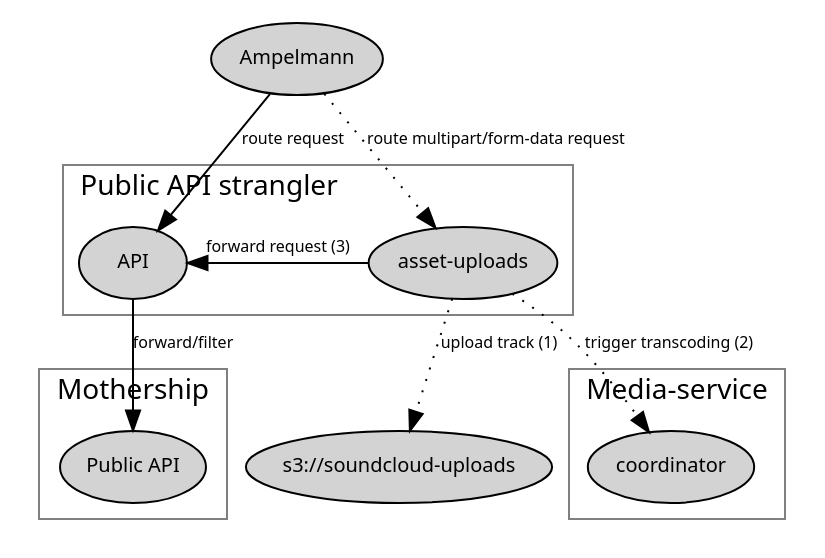
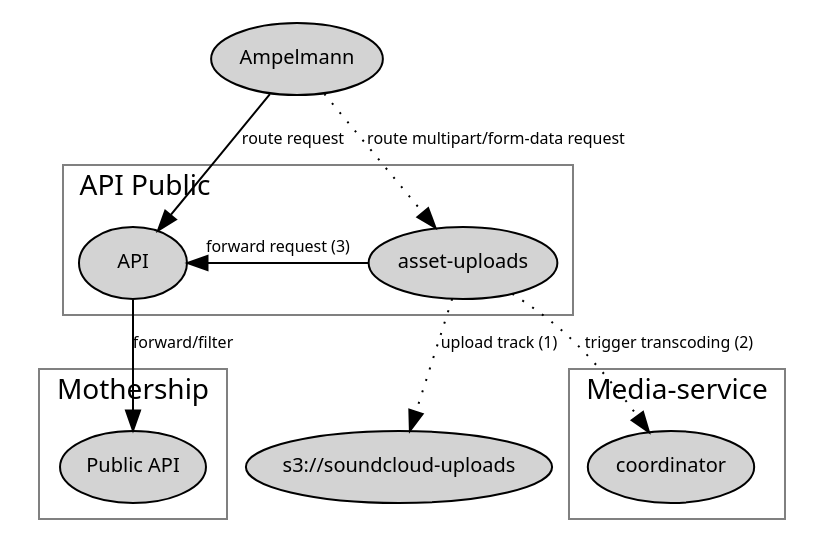
One commit to soundcloud/api changed the diagram in asset-uploads/doc/overview.dot. Above: the diagram before and after it, drawn with Graphviz. The commit also changed 42 other files, not shown here.

First line of the commit message:
Merge changes from api-public (#1185)

```diff
--- a/asset-uploads/doc/overview.dot
+++ b/asset-uploads/doc/overview.dot
@@ -1,46 +1,46 @@
 digraph overview {
 
   node [colorscheme=set37 style="rounded,filled" fontname=sans fontsize=10];
   edge [fontname="sans" fontsize=8];
   color="grey";
   fontname="sans";
   labeljust="l";
   newrank=true;
 
   ampelmann[label="Ampelmann"];
 
   s3[label="s3://soundcloud-uploads"];
 
   subgraph cluster_ms {
     label="Mothership";
     rank=same;
 
     ms_public_api [label="Public API"];
   }
 
   subgraph cluster_media_service {
     label="Media-service";
     rank=same;
 
     media_service_coordinator [label="coordinator"];
   }
 
-  subgraph cluster_pas {
-    label="Public API strangler";
+  subgraph cluster_api_public {
+    label="API Public";
     rank=same;
 
     pas_api           [label="API"];
     pas_asset_uploads [label="asset-uploads"];
   }
 
   // Regular request flow -- forward/filtering elided.
   ampelmann -> pas_api       [label="route request"];
   pas_api   -> ms_public_api [label="forward/filter"];
 
   // Specific flow for POST/PUT + multipart/form-data requests.
   ampelmann -> pas_asset_uploads     [style="dotted", label="route multipart/form-data request"];
   pas_asset_uploads -> s3            [style="dotted", label="upload track (1)"];
   pas_asset_uploads -> media_service_coordinator [style="dotted", label="trigger transcoding (2)"]
   pas_asset_uploads -> pas_api [label="forward request (3)"]
 
 }
```
